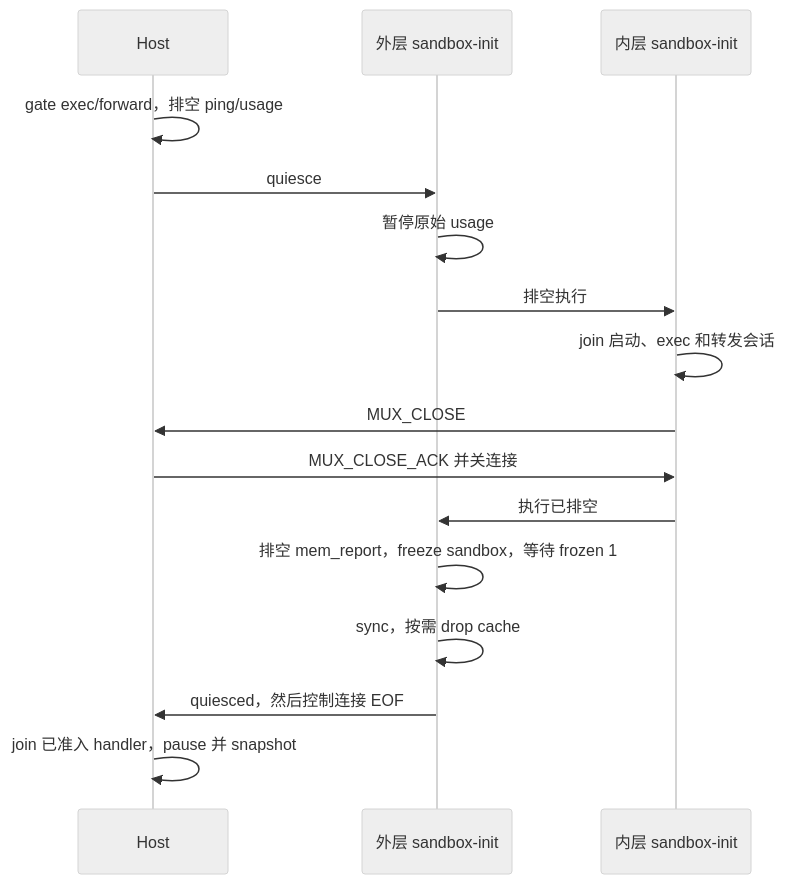
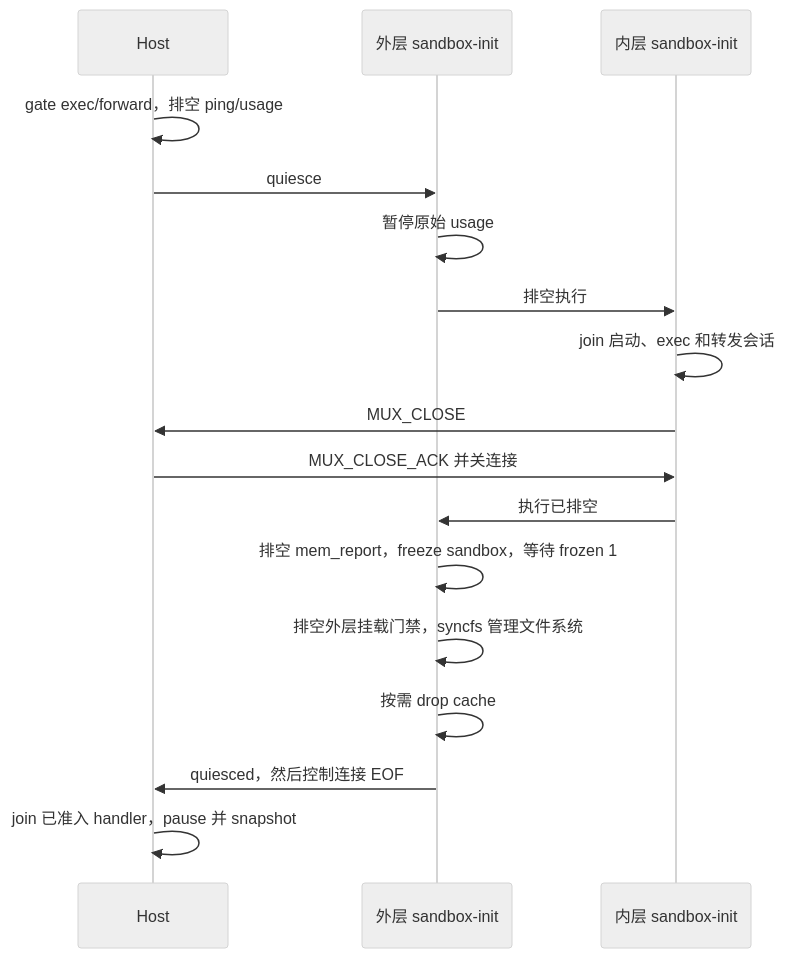
The third of 4 diagrams in docs/guest-abi_zh.md (kuasar-sandbox/guest-runtime), drawn with Mermaid (neutral theme) before and after one commit. The commit also changed other lines of this file and 12 other files, not shown here.

````diff
--- a/docs/guest-abi_zh.md
+++ b/docs/guest-abi_zh.md
@@ -1340,18 +1370,19 @@
 ```mermaid
 sequenceDiagram
     participant H as Host
     participant O as 外层 sandbox-init
     participant I as 内层 sandbox-init
     H->>H: gate exec/forward，排空 ping/usage
     H->>O: quiesce
     O->>O: 暂停原始 usage
     O->>I: 排空执行
     I->>I: join 启动、exec 和转发会话
     I->>H: MUX_CLOSE
     H->>I: MUX_CLOSE_ACK 并关连接
     I->>O: 执行已排空
     O->>O: 排空 mem_report，freeze sandbox，等待 frozen 1
-    O->>O: sync，按需 drop cache
+    O->>O: 排空外层挂载门禁，syncfs 管理文件系统
+    O->>O: 按需 drop cache
     O->>H: quiesced，然后控制连接 EOF
     H->>H: join 已准入 handler，pause 并 snapshot
 ```
````
